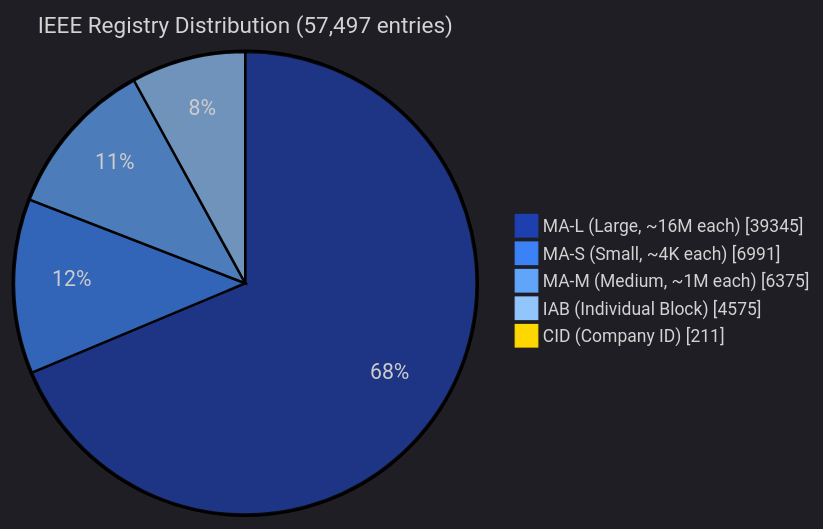
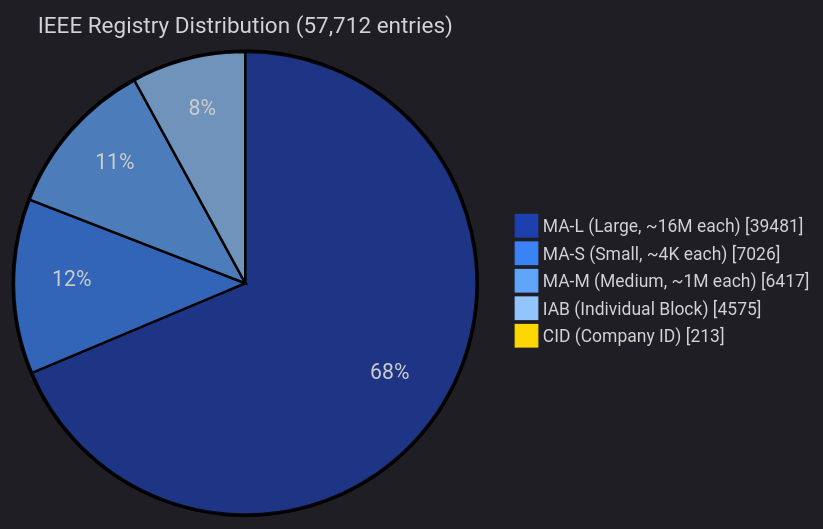
Before and after one commit to user7321347/OUI-Master-Database: the third of 5 diagrams in README.md, drawn with Mermaid. The commit also changed other lines of this file and 14 other files, not shown here.

````diff
--- a/README.md
+++ b/README.md
@@ -129,10 +129,10 @@
 ```mermaid
 %%{init: {'theme':'dark', 'themeVariables': {'pie1':'#1E40AF','pie2':'#3B82F6','pie3':'#60A5FA','pie4':'#93C5FD','pie5':'#FFD700','pieTitleTextSize':'18px','pieLegendTextSize':'14px'}}}%%
 pie showData
-    title IEEE Registry Distribution (57,497 entries)
-    "MA-L (Large, ~16M each)" : 39345
-    "MA-S (Small, ~4K each)" : 6991
-    "MA-M (Medium, ~1M each)" : 6375
+    title IEEE Registry Distribution (57,712 entries)
+    "MA-L (Large, ~16M each)" : 39481
+    "MA-S (Small, ~4K each)" : 7026
+    "MA-M (Medium, ~1M each)" : 6417
     "IAB (Individual Block)" : 4575
-    "CID (Company ID)" : 211
+    "CID (Company ID)" : 213
 ```
````
